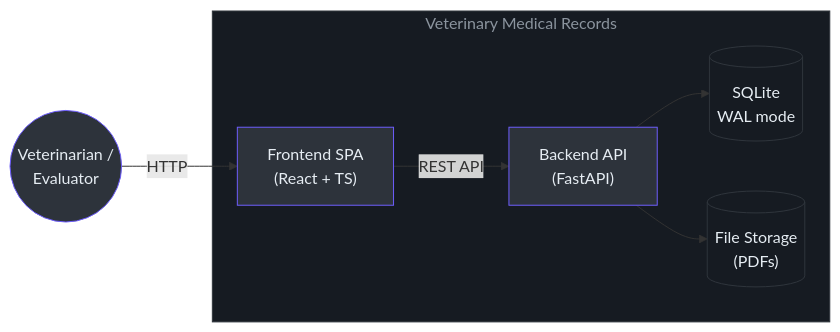
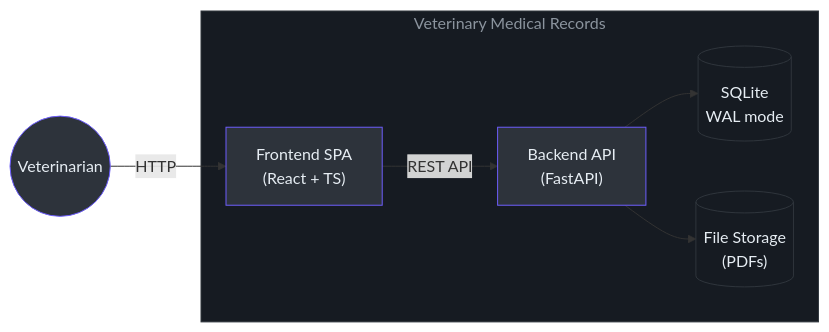
Before and after one commit to isilionisilme/veterinary-medical-records-documentation: the first of 3 diagrams in projects/veterinary-medical-records/02-tech/architecture.md, drawn with Mermaid. The commit also changed other lines of this file and 6 other files, not shown here.

````diff
--- a/projects/veterinary-medical-records/02-tech/architecture.md
+++ b/projects/veterinary-medical-records/02-tech/architecture.md
@@ -46,21 +47,21 @@
 ```mermaid
 graph LR
-    User(("Veterinarian /<br/>Evaluator"))
+    User(("Veterinarian"))
     subgraph System["Veterinary Medical Records"]
         FE["Frontend SPA<br/>(React + TS)"]
         BE["Backend API<br/>(FastAPI)"]
         DB[("SQLite<br/>WAL mode")]
         FS[("File Storage<br/>(PDFs)")]
         FE -->|REST API| BE
         BE --> DB
         BE --> FS
     end
     User -->|HTTP| FE
 
     style User fill:#2d333b,stroke:#6d5dfc,color:#e6edf3
     style FE fill:#2d333b,stroke:#6d5dfc,color:#e6edf3
     style BE fill:#2d333b,stroke:#6d5dfc,color:#e6edf3
     style DB fill:#161b22,stroke:#30363d,color:#e6edf3
     style FS fill:#161b22,stroke:#30363d,color:#e6edf3
     style System fill:#161b22,stroke:#30363d,color:#8b949e
 ```
````
